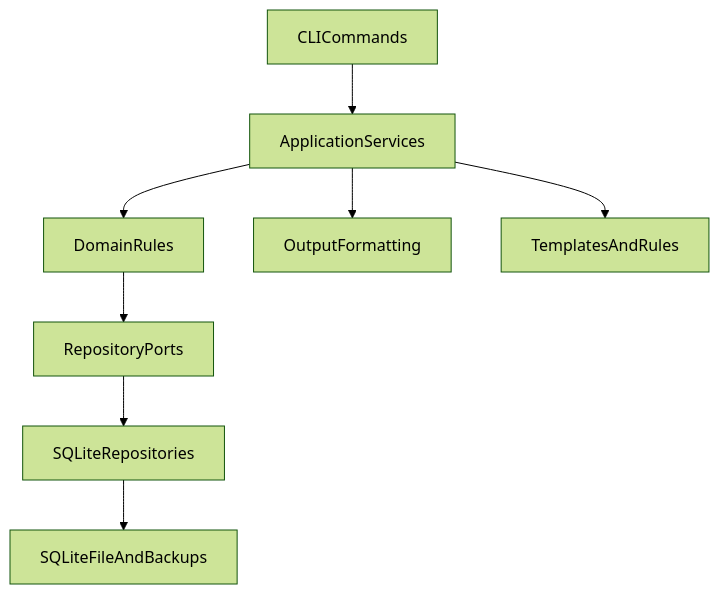
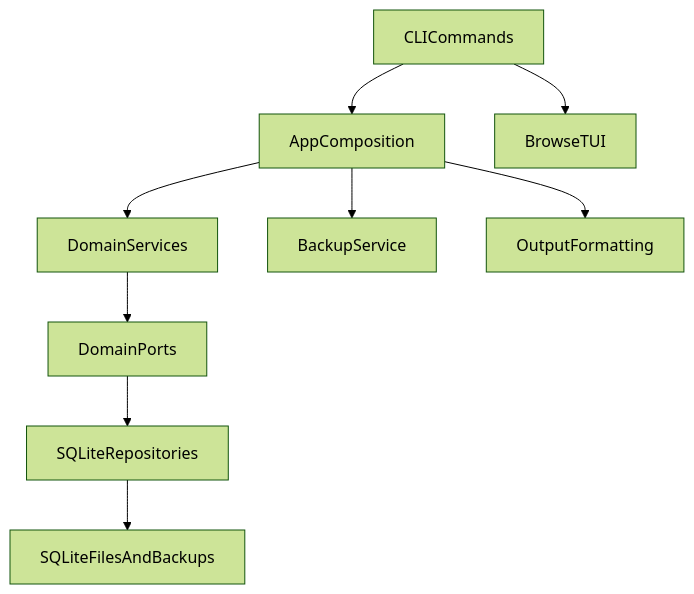
The first of 4 diagrams in docs/architecture.md (agentforum/cli), drawn with Mermaid (forest theme) before and after one commit. The commit also changed other lines of this file and 81 other files, not shown here.

````diff
--- a/docs/architecture.md
+++ b/docs/architecture.md
@@ -7,10 +7,11 @@
 ```mermaid
 flowchart TD
-    cli[CLICommands] --> app[ApplicationServices]
-    app --> domain[DomainRules]
-    domain --> ports[RepositoryPorts]
+    cli[CLICommands] --> app[AppComposition]
+    app --> services[DomainServices]
+    services --> ports[DomainPorts]
     ports --> sqlite[SQLiteRepositories]
+    app --> backup[BackupService]
     app --> output[OutputFormatting]
-    app --> templates[TemplatesAndRules]
-    sqlite --> files[SQLiteFileAndBackups]
+    cli --> tui[BrowseTUI]
+    sqlite --> files[SQLiteFilesAndBackups]
 ```
````
